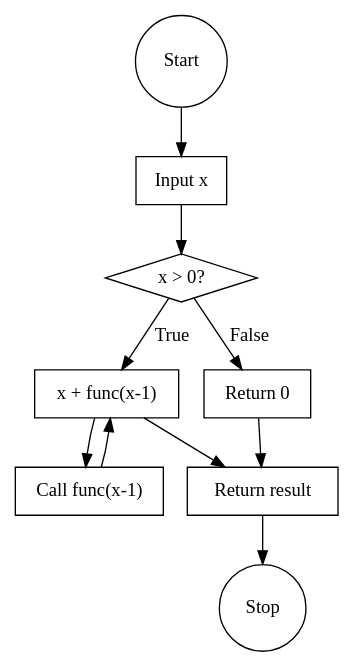
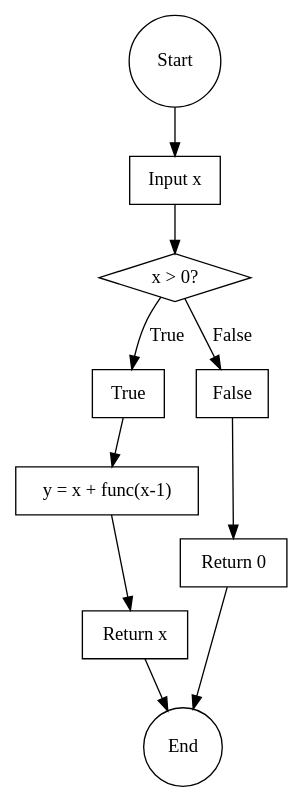
The diagram in mygraph.dot (Saksham1515/AI_Code_Explainer), drawn with Graphviz before and after one commit. The commit also changed 4 other files, not shown here.

```diff
--- a/mygraph.dot
+++ b/mygraph.dot
@@ -1,22 +1,23 @@
 digraph G {
     node [shape=box];
 
     start [label="Start", shape=circle];
     input [label="Input x", shape=box];
-    check_positive [label="x > 0?", shape=diamond];
-    positive_branch [label="x + func(x-1)", shape=box];
-    call_func [label="Call func(x-1)", shape=box];
-    negative_branch [label="Return 0", shape=box];
-    return [label="Return result", shape=box];
-    stop [label="Stop", shape=circle];
+    check_x [label="x > 0?", shape=diamond];
+    branch_positive [label="True", shape=box];
+    positive_recursion [label="y = x + func(x-1)", shape=box];
+    positive_end [label="Return x", shape=box];
+    branch_negative [label="False", shape=box];
+    negative_return [label="Return 0", shape=box];
+    end [label="End", shape=circle];
 
     start -> input;
-    input -> check_positive;
-    check_positive -> positive_branch [label="True"];
-    check_positive -> negative_branch [label="False"];
-    positive_branch -> call_func;
-    call_func -> positive_branch;
-    positive_branch -> return;
-    negative_branch -> return;
-    return -> stop;
+    input -> check_x;
+    check_x -> branch_positive [label="True"];
+    branch_positive -> positive_recursion;
+    positive_recursion -> positive_end;
+    positive_end -> end;
+    check_x -> branch_negative [label="False"];
+    branch_negative -> negative_return;
+    negative_return -> end;
 }
```
